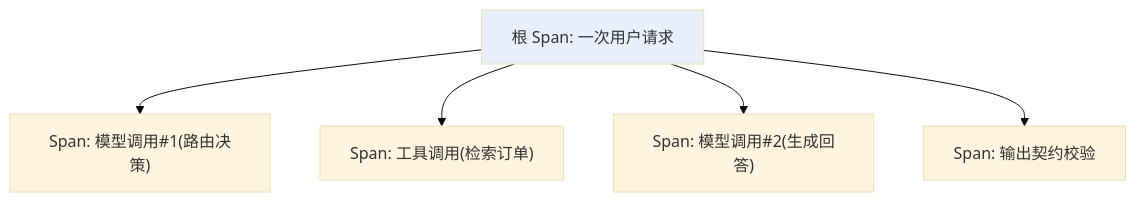
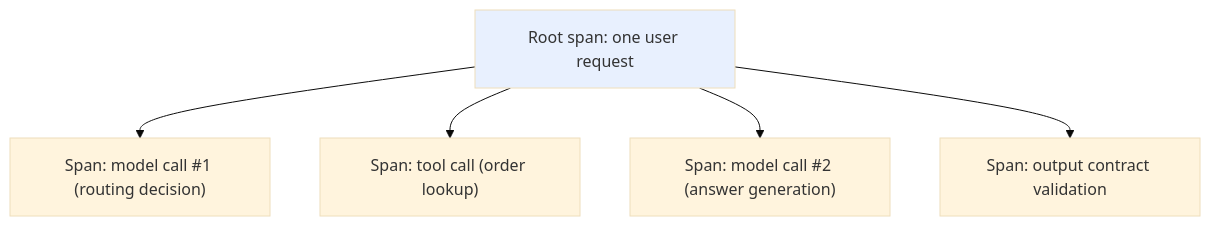
One commit to oneleaveknowsthefall/awesome-ai-roadmap changed the diagram in docs/engineering/04-evaluation-observability/08-online-observability-tracing.md. Above: the diagram before and after it, drawn with Mermaid (base theme). The commit also changed other lines of this file and 82 other files, not shown here.

````diff
--- a/docs/engineering/04-evaluation-observability/08-online-observability-tracing.md
+++ b/docs/engineering/04-evaluation-observability/08-online-observability-tracing.md
@@ -11,10 +11,10 @@
 ```mermaid
 flowchart TB
-    ROOT["根 Span: 一次用户请求"]
-    ROOT --> S1["Span: 模型调用#1(路由决策)"]
-    ROOT --> S2["Span: 工具调用(检索订单)"]
-    ROOT --> S3["Span: 模型调用#2(生成回答)"]
-    ROOT --> S4["Span: 输出契约校验"]
+    ROOT["Root span: one user request"]
+    ROOT --> S1["Span: model call #1 (routing decision)"]
+    ROOT --> S2["Span: tool call (order lookup)"]
+    ROOT --> S3["Span: model call #2 (answer generation)"]
+    ROOT --> S4["Span: output contract validation"]
 
     style ROOT fill:#e8f0fe
 ```
````
